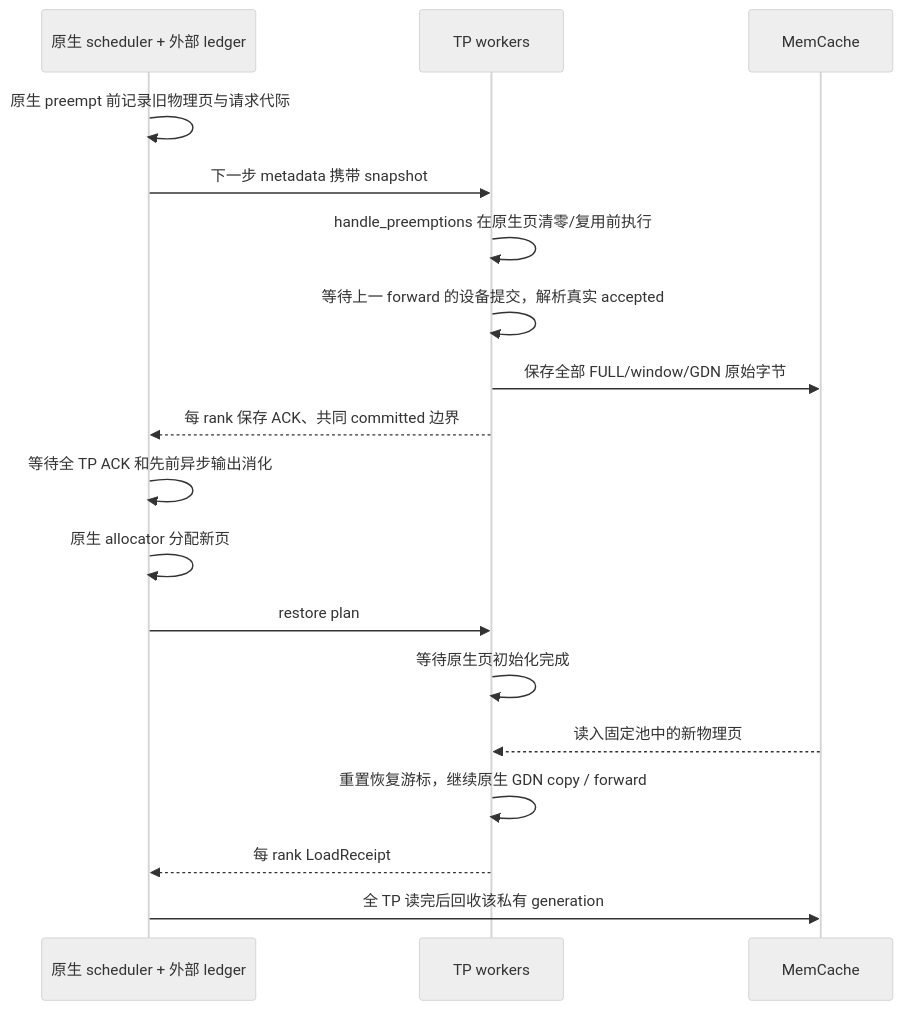
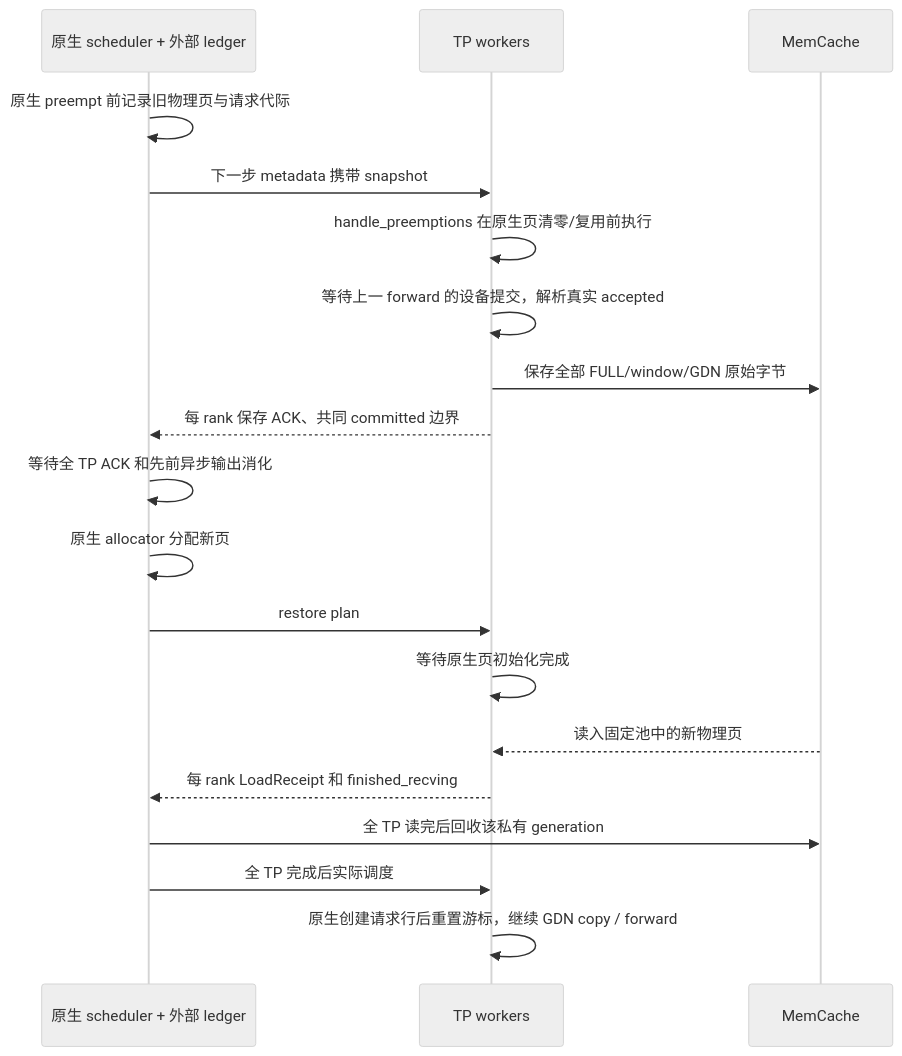
Before and after one commit to smyao/oscar: the diagram in docs/kv_offload_20261109.md, drawn with Mermaid (neutral theme). The commit also changed other lines of this file and 13 other files, not shown here.

````diff
--- a/docs/kv_offload_20261109.md
+++ b/docs/kv_offload_20261109.md
@@ -81,20 +96,21 @@
 ```mermaid
 sequenceDiagram
     participant S as 原生 scheduler + 外部 ledger
     participant W as TP workers
     participant M as MemCache
     S->>S: 原生 preempt 前记录旧物理页与请求代际
     S->>W: 下一步 metadata 携带 snapshot
     W->>W: handle_preemptions 在原生页清零/复用前执行
     W->>W: 等待上一 forward 的设备提交，解析真实 accepted
     W->>M: 保存全部 FULL/window/GDN 原始字节
     W-->>S: 每 rank 保存 ACK、共同 committed 边界
     S->>S: 等待全 TP ACK 和先前异步输出消化
     S->>S: 原生 allocator 分配新页
     S->>W: restore plan
     W->>W: 等待原生页初始化完成
     M-->>W: 读入固定池中的新物理页
-    W->>W: 重置恢复游标，继续原生 GDN copy / forward
-    W-->>S: 每 rank LoadReceipt
+    W-->>S: 每 rank LoadReceipt 和 finished_recving
     S->>M: 全 TP 读完后回收该私有 generation
+    S->>W: 全 TP 完成后实际调度
+    W->>W: 原生创建请求行后重置游标，继续 GDN copy / forward
 ```
````
